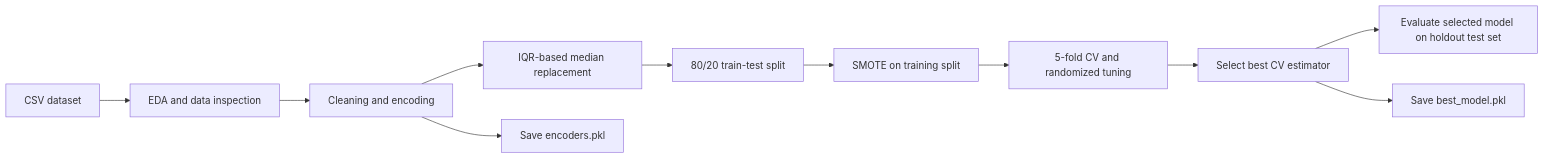
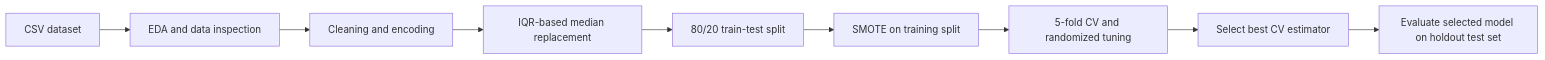
One commit to govindkh04/Autism-Prediction changed the diagram in README.md. Above: the diagram before and after it, drawn with Mermaid. The commit also changed other lines of this file, not shown here.

````diff
--- a/README.md
+++ b/README.md
@@ -126,13 +124,11 @@
 ```mermaid
 flowchart LR
     A[CSV dataset] --> B[EDA and data inspection]
     B --> C[Cleaning and encoding]
     C --> D[IQR-based median replacement]
     D --> E[80/20 train-test split]
     E --> F[SMOTE on training split]
     F --> G[5-fold CV and randomized tuning]
     G --> H[Select best CV estimator]
     H --> I[Evaluate selected model on holdout test set]
-    H --> J[Save best_model.pkl]
-    C --> K[Save encoders.pkl]
 ```
````
